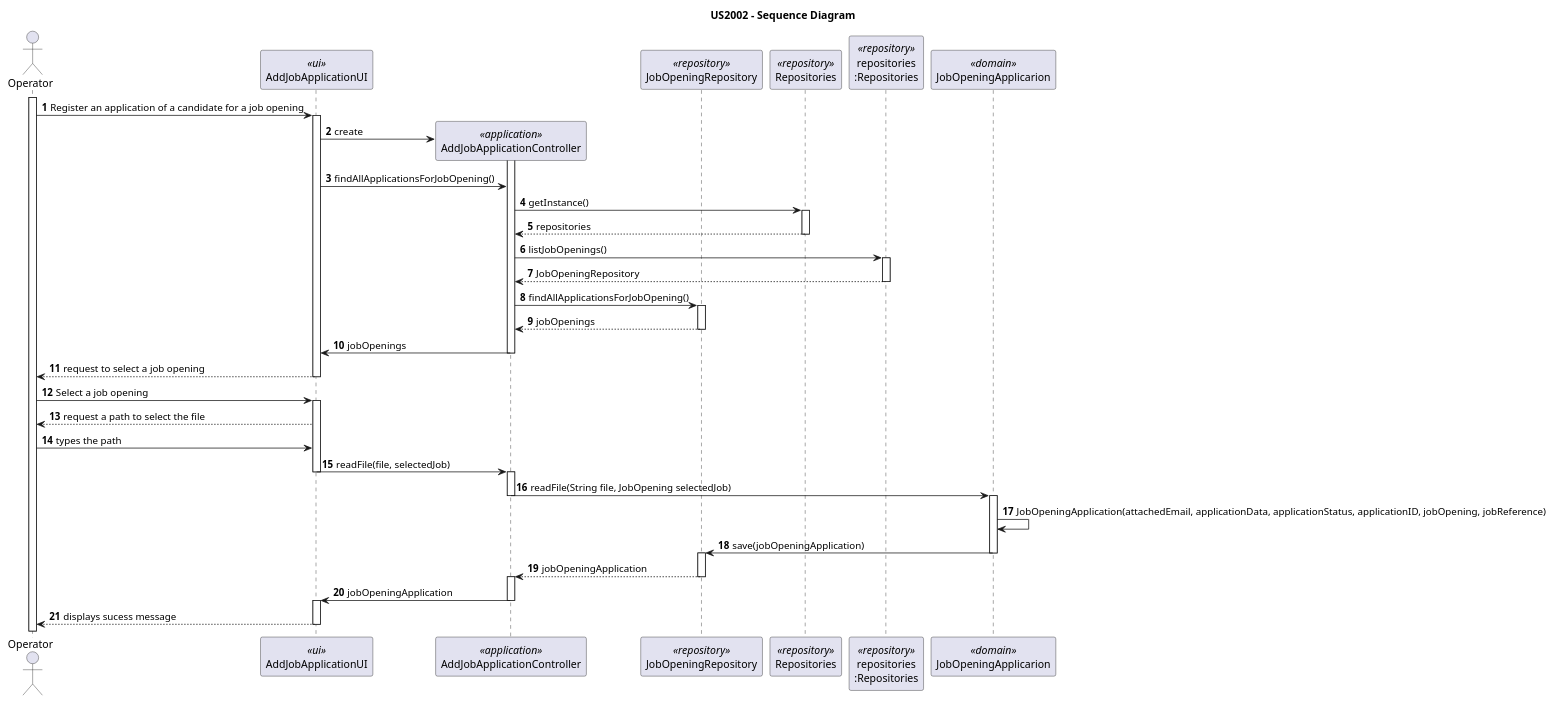
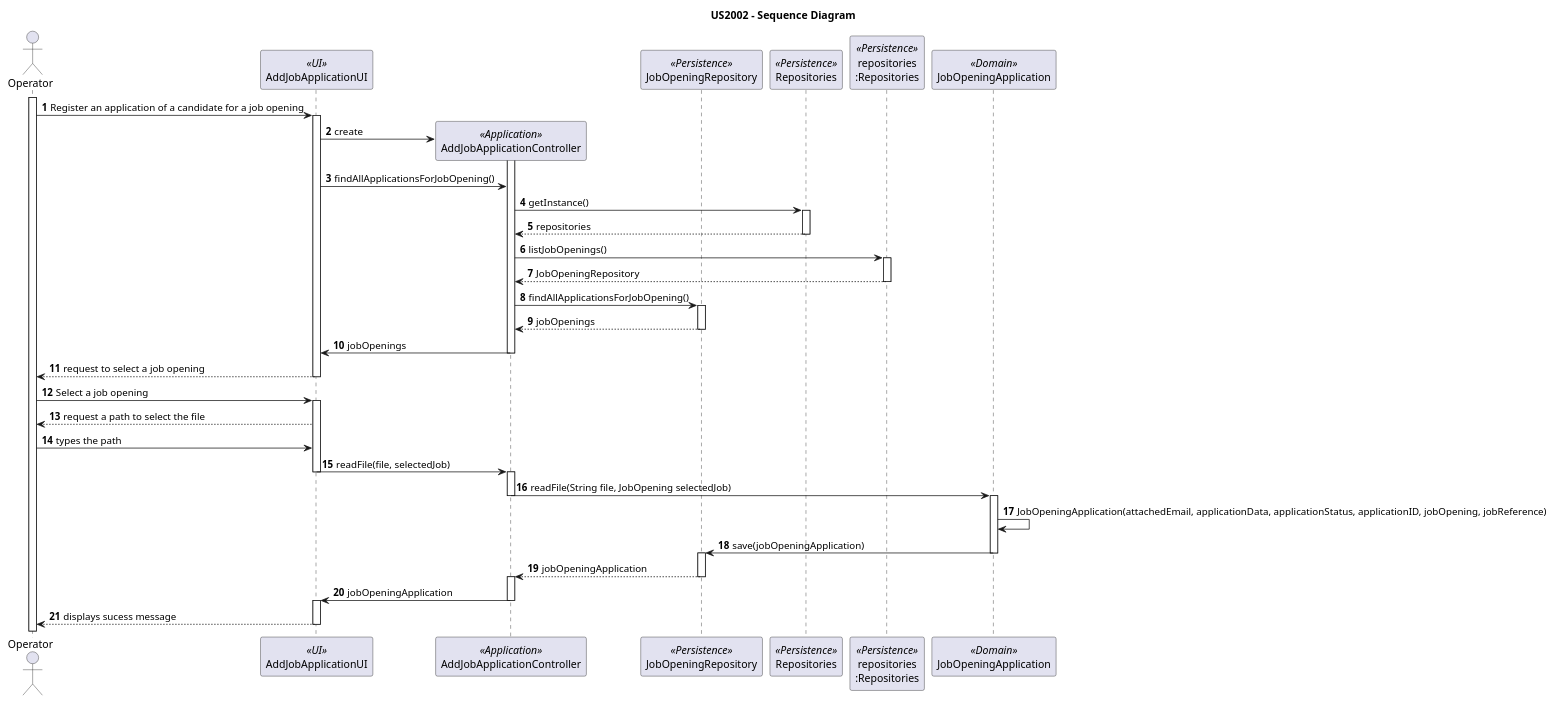
Before and after one commit to marcoferreira37/Lapr4: the diagram in docs/sprintB/2002/2002-sequence-diagram-puml.puml, drawn with PlantUML. The commit also changed 19 other files, not shown here.

```diff
--- a/docs/sprintB/2002/2002-sequence-diagram-puml.puml
+++ b/docs/sprintB/2002/2002-sequence-diagram-puml.puml
@@ -1,85 +1,85 @@
 @startuml
 'https://plantuml.com/use-case-diagram
 skinparam packageStyle rectangle
 skinparam shadowing false
 autonumber
 
 title US2002 - Sequence Diagram
 
 
 actor "Operator" as OP
-participant "AddJobApplicationUI" as UI <<ui>>
-participant "AddJobApplicationController" as Controller <<application>>
-participant "JobOpeningRepository" as OPrepo <<repository>>
-participant "Repositories" as repo <<repository>>
-participant "repositories\n:Repositories" as PLAT <<repository>>
-participant "JobOpeningApplicarion" as JOA <<domain>>
+participant "AddJobApplicationUI" as UI <<UI>>
+participant "AddJobApplicationController" as Controller <<Application>>
+participant "JobOpeningRepository" as OPrepo <<Persistence>>
+participant "Repositories" as repo <<Persistence>>
+participant "repositories\n:Repositories" as PLAT <<Persistence>>
+participant "JobOpeningApplication" as JOA <<Domain>>
 
 
 
 
 activate OP
 
     OP -> UI:  Register an application of a candidate for a job opening
     activate UI
 
         UI -> Controller **: create
         activate Controller
         UI -> Controller: findAllApplicationsForJobOpening()
         Controller -> repo: getInstance()
         activate repo
 
             repo --> Controller : repositories
         deactivate repo
         Controller -> PLAT: listJobOpenings()
         activate PLAT
 
             PLAT --> Controller: JobOpeningRepository
         deactivate PLAT
         Controller -> OPrepo: findAllApplicationsForJobOpening()
         activate OPrepo
 
             OPrepo --> Controller: jobOpenings
             deactivate OPrepo
 
 
         Controller -> UI: jobOpenings
         deactivate Controller
         UI --> OP: request to select a job opening
         deactivate UI
         OP -> UI: Select a job opening
         activate UI
 
         UI --> OP : request a path to select the file
         OP -> UI: types the path
 
         UI -> Controller: readFile(file, selectedJob)
         deactivate UI
         activate Controller
 
         Controller ->  JOA : readFile(String file, JobOpening selectedJob)
         deactivate Controller
 
         activate JOA
 
         JOA -> JOA : JobOpeningApplication(attachedEmail, applicationData, applicationStatus, applicationID, jobOpening, jobReference)
         JOA -> OPrepo : save(jobOpeningApplication)
         deactivate JOA
         activate OPrepo
 
         OPrepo --> Controller : jobOpeningApplication
         deactivate OPrepo
 
         activate Controller
 
         Controller -> UI: jobOpeningApplication
         deactivate Controller
 
         activate UI
 
         UI --> OP: displays sucess message
 
         deactivate UI
 
 
      @enduml
```
